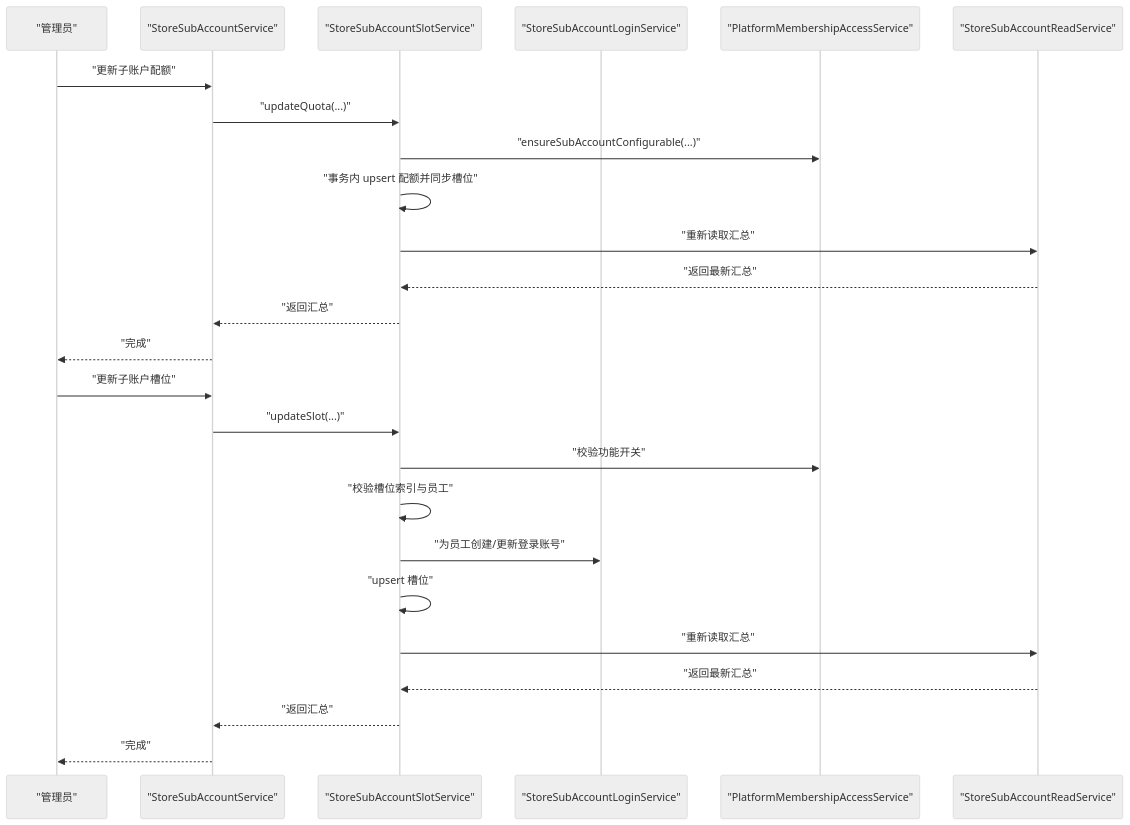
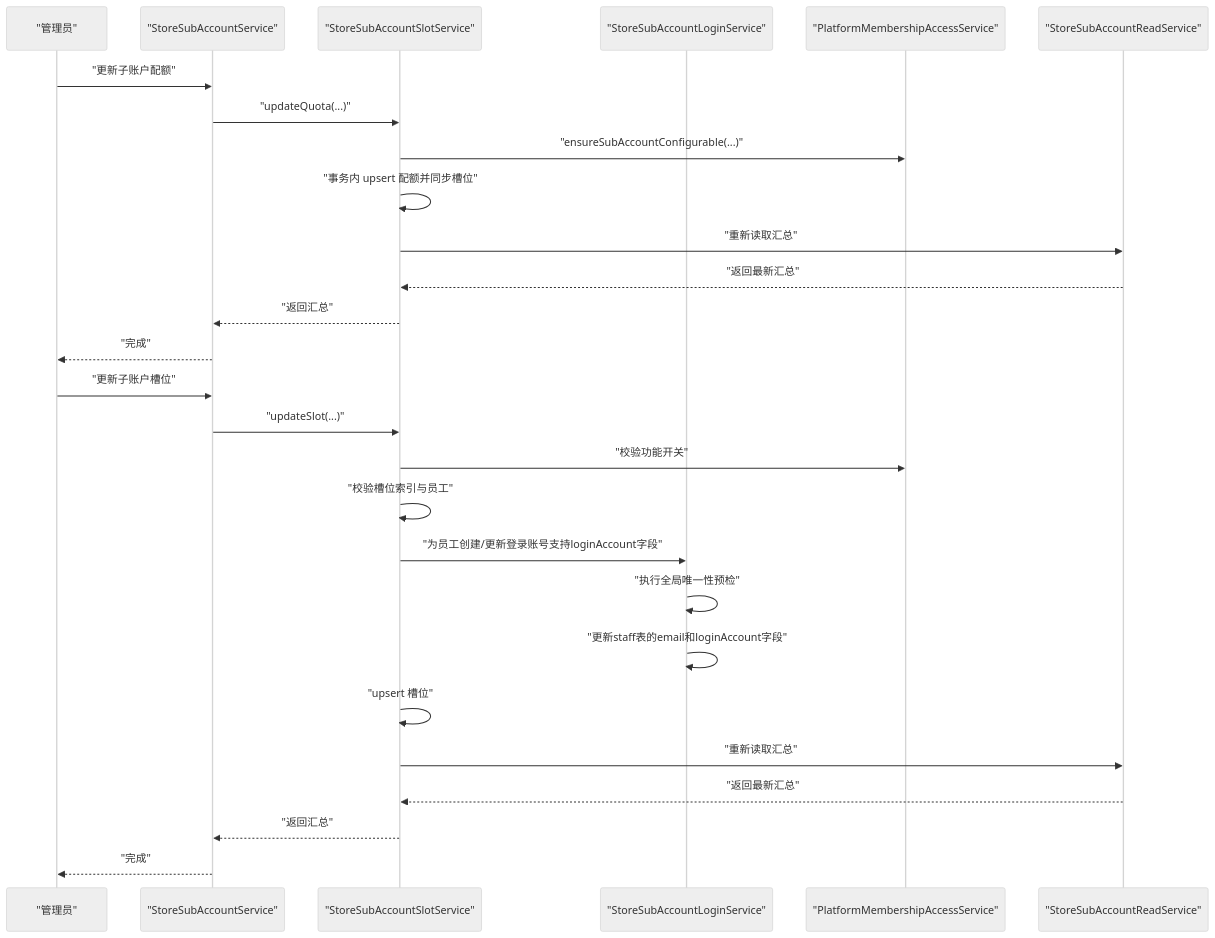
The fifth of 8 diagrams in .qoder/repowiki/zh/content/认证授权系统/子账户管理.md (rc558620/purelyprofit-server), drawn with Mermaid (neutral theme) before and after one commit. The commit also changed other lines of this file and 35 other files, not shown here.

````diff
--- a/.qoder/repowiki/zh/content/认证授权系统/子账户管理.md
+++ b/.qoder/repowiki/zh/content/认证授权系统/子账户管理.md
@@ -210,27 +216,29 @@
 ```mermaid
 sequenceDiagram
 participant Admin as "管理员"
 participant Svc as "StoreSubAccountService"
 participant Slot as "StoreSubAccountSlotService"
 participant Login as "StoreSubAccountLoginService"
 participant PM as "PlatformMembershipAccessService"
 participant Read as "StoreSubAccountReadService"
 Admin->>Svc : "更新子账户配额"
 Svc->>Slot : "updateQuota(...)"
 Slot->>PM : "ensureSubAccountConfigurable(...)"
 Slot->>Slot : "事务内 upsert 配额并同步槽位"
 Slot->>Read : "重新读取汇总"
 Read-->>Slot : "返回最新汇总"
 Slot-->>Svc : "返回汇总"
 Svc-->>Admin : "完成"
 Admin->>Svc : "更新子账户槽位"
 Svc->>Slot : "updateSlot(...)"
 Slot->>PM : "校验功能开关"
 Slot->>Slot : "校验槽位索引与员工"
-Slot->>Login : "为员工创建/更新登录账号"
+Slot->>Login : "为员工创建/更新登录账号支持loginAccount字段"
+Login->>Login : "执行全局唯一性预检"
+Login->>Login : "更新staff表的email和loginAccount字段"
 Slot->>Slot : "upsert 槽位"
 Slot->>Read : "重新读取汇总"
 Read-->>Slot : "返回最新汇总"
 Slot-->>Svc : "返回汇总"
 Svc-->>Admin : "完成"
 ```
````
